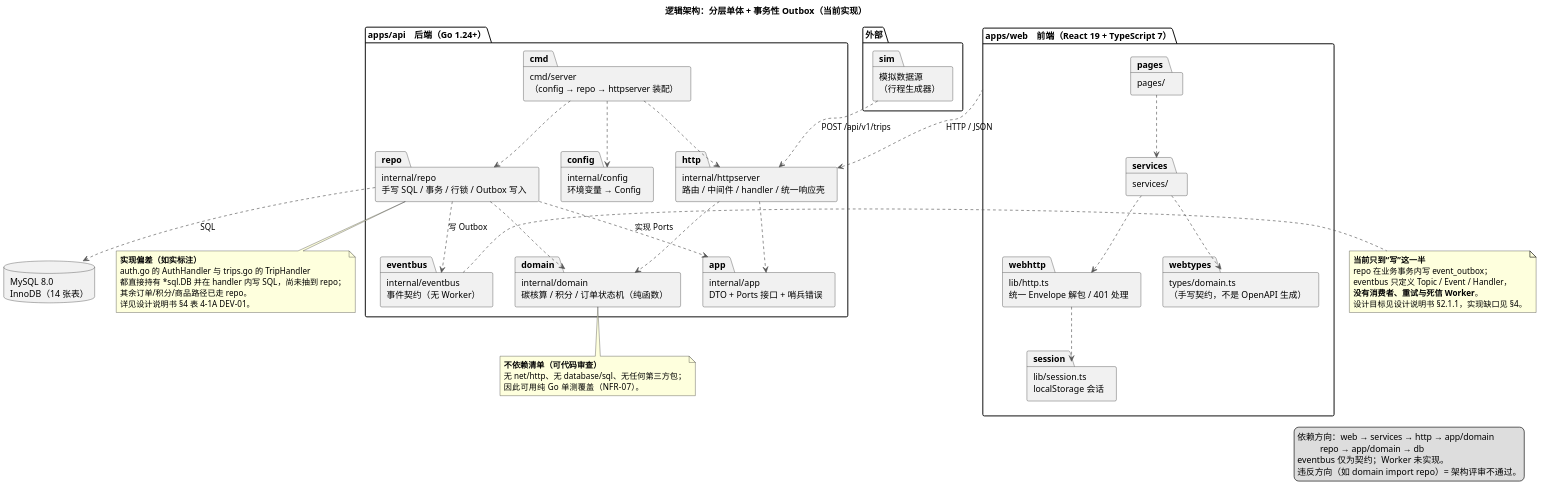
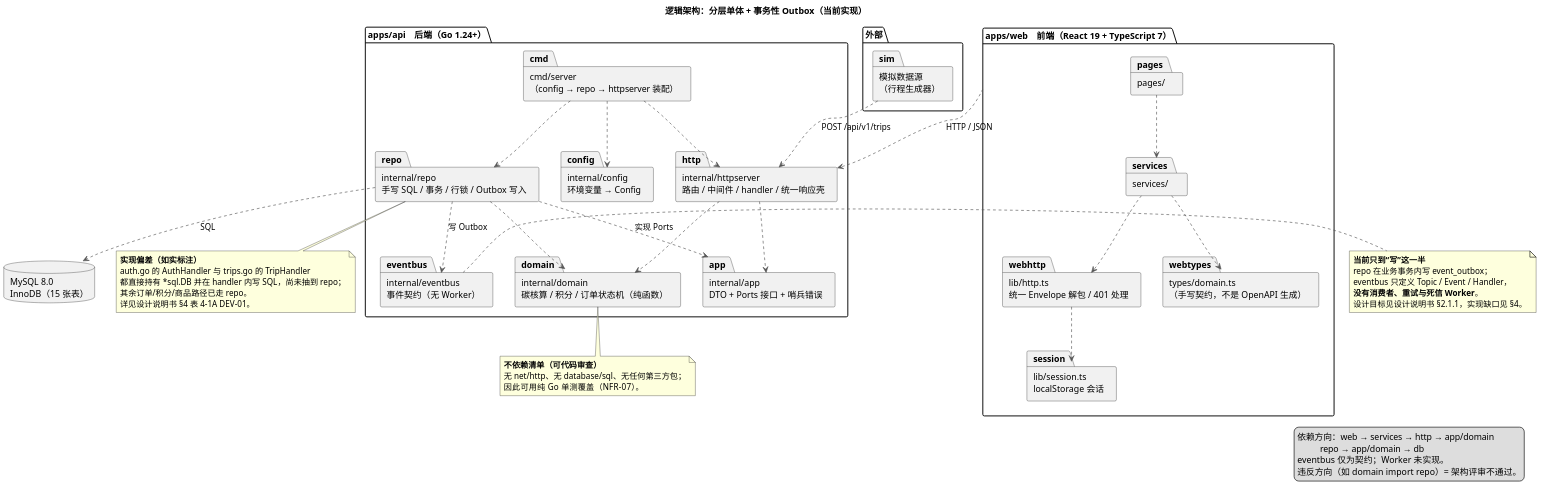
Before and after one commit to chiyan11/green-travel-points: the diagram in docs/uml/05-包图-逻辑架构.puml, drawn with PlantUML. The commit also changed 12 other files, not shown here.

```diff
--- a/docs/uml/05-包图-逻辑架构.puml
+++ b/docs/uml/05-包图-逻辑架构.puml
@@ -1,84 +1,84 @@
 @startuml 图2-1 系统逻辑架构 包图
 ' 依据：docs/设计规格说明书.md §2.1.2；与仓库当前目录对齐（2026-11-24）
 ' 设计原则：依赖方向由外向内；domain 只依赖标准库，不依赖 HTTP / SQL / 框架
 
 skinparam defaultFontName "Microsoft YaHei"
 skinparam dpi 150
 skinparam shadowing false
 skinparam packageStyle folder
 skinparam ArrowColor #555555
 
 title 逻辑架构：分层单体 + 事务性 Outbox（当前实现）
 
 package "apps/web　前端（React 19 + TypeScript 7）" as web {
   package "pages/" as pages
   package "services/" as services
   package "lib/http.ts\n统一 Envelope 解包 / 401 处理" as webhttp
   package "lib/session.ts\nlocalStorage 会话" as session
   package "types/domain.ts\n（手写契约，不是 OpenAPI 生成）" as webtypes
 }
 
 package "apps/api　后端（Go 1.24+）" as api {
   package "cmd/server\n（config → repo → httpserver 装配）" as cmd
   package "internal/httpserver\n路由 / 中间件 / handler / 统一响应壳" as http
   package "internal/app\nDTO + Ports 接口 + 哨兵错误" as app
   package "internal/domain\n碳核算 / 积分 / 订单状态机（纯函数）" as domain
   package "internal/repo\n手写 SQL / 事务 / 行锁 / Outbox 写入" as repo
   package "internal/eventbus\n事件契约（无 Worker）" as eventbus
   package "internal/config\n环境变量 → Config" as config
 }
 
-database "MySQL 8.0\nInnoDB（14 张表）" as db
+database "MySQL 8.0\nInnoDB（15 张表）" as db
 
 package "外部" as ext {
   package "模拟数据源\n（行程生成器）" as sim
 }
 
 pages ..> services
 services ..> webhttp
 services ..> webtypes
 webhttp ..> session
 web ..> http : HTTP / JSON
 
 cmd ..> http
 cmd ..> repo
 cmd ..> config
 http ..> app
 http ..> domain
 repo ..> app : 实现 Ports
 repo ..> domain
 repo ..> eventbus : 写 Outbox
 repo ..> db : SQL
 sim ..> http : POST /api/v1/trips
 
 ' 关键约束：domain 不反向依赖任何人
 note bottom of domain
   **不依赖清单（可代码审查）**
   无 net/http、无 database/sql、无任何第三方包；
   因此可用纯 Go 单测覆盖（NFR-07）。
 end note
 
 note right of eventbus
   **当前只到“写”这一半**
   repo 在业务事务内写 event_outbox；
   eventbus 只定义 Topic / Event / Handler，
   **没有消费者、重试与死信 Worker**。
   设计目标见设计说明书 §2.1.1，实现缺口见 §4。
 end note
 
 note bottom of repo
   **实现偏差（如实标注）**
   auth.go 的 AuthHandler 与 trips.go 的 TripHandler
   都直接持有 *sql.DB 并在 handler 内写 SQL，尚未抽到 repo；
   其余订单/积分/商品路径已走 repo。
   详见设计说明书 §4 表 4-1A DEV-01。
 end note
 
 legend right
   依赖方向：web → services → http → app/domain
             repo → app/domain → db
   eventbus 仅为契约；Worker 未实现。
   违反方向（如 domain import repo）= 架构评审不通过。
 endlegend
 
 @enduml
```
